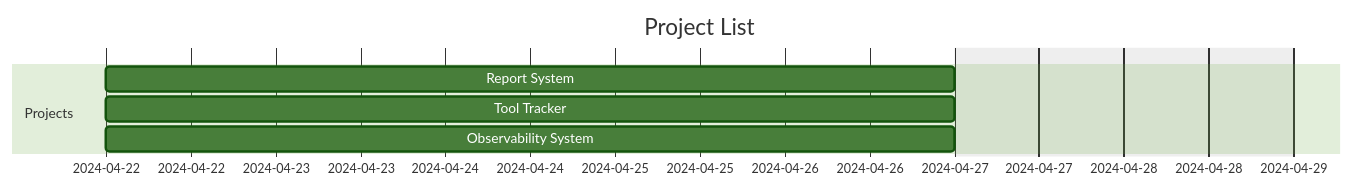
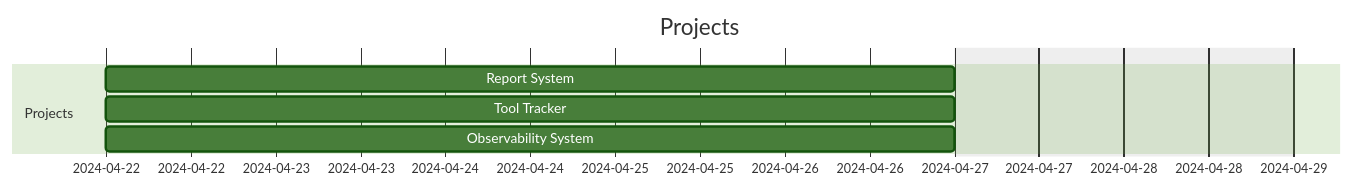
The first of 3 diagrams in 2024/week18.md (brentgroves/status), drawn with Mermaid (forest theme) before and after one commit. The commit also changed other lines of this file, not shown here.

````diff
--- a/2024/week18.md
+++ b/2024/week18.md
@@ -23,13 +23,13 @@
 ```mermaid
 gantt
     dateFormat  YYYY-MM-DD
-    title       Project List
+    title       Projects
     excludes    weekends
     %% (`excludes` accepts specific dates in YYYY-MM-DD format, days of the week ("sunday") or "weekends", but not the word "weekdays".)
 
     section Projects
     Report System                                   :p1,2024-04-22,5d
     Tool Tracker                                    :p2,2024-04-22,5d
     Observability System                            :p3,2024-04-22,5d
 
 ```
````
